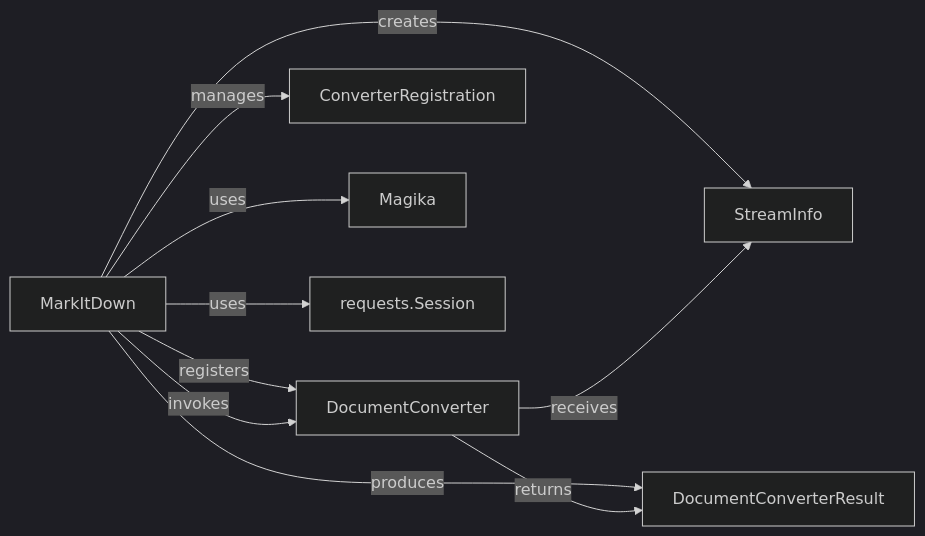
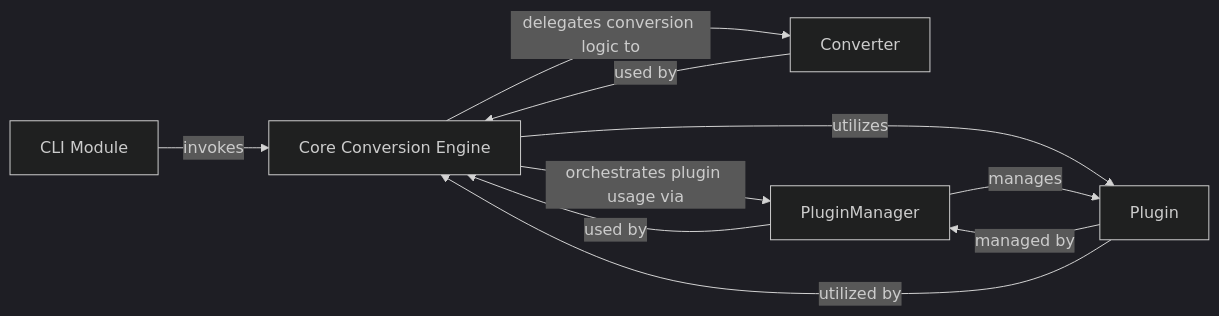
The diagram in markitdown/Core_Conversion_Engine.md (CodeBoarding/GeneratedOnBoardings), drawn with Mermaid (dark theme) before and after one commit. The commit also changed other lines of this file and 12 other files, not shown here.

````diff
--- a/markitdown/Core_Conversion_Engine.md
+++ b/markitdown/Core_Conversion_Engine.md
@@ -1,19 +1,18 @@
 ```mermaid
 graph LR
-    MarkItDown["MarkItDown"]
-    DocumentConverter["DocumentConverter"]
-    ConverterRegistration["ConverterRegistration"]
-    StreamInfo["StreamInfo"]
-    DocumentConverterResult["DocumentConverterResult"]
-    Magika["Magika"]
-    requests_Session["requests.Session"]
-    MarkItDown -- "registers" --> DocumentConverter
-    MarkItDown -- "invokes" --> DocumentConverter
-    MarkItDown -- "uses" --> Magika
-    MarkItDown -- "uses" --> requests_Session
-    MarkItDown -- "creates" --> StreamInfo
-    MarkItDown -- "produces" --> DocumentConverterResult
-    MarkItDown -- "manages" --> ConverterRegistration
-    DocumentConverter -- "receives" --> StreamInfo
-    DocumentConverter -- "returns" --> DocumentConverterResult
+    Core_Conversion_Engine["Core Conversion Engine"]
+    Converter["Converter"]
+    PluginManager["PluginManager"]
+    Plugin["Plugin"]
+    CLI_Module["CLI Module"]
+    Core_Conversion_Engine -- "delegates conversion logic to" --> Converter
+    Core_Conversion_Engine -- "orchestrates plugin usage via" --> PluginManager
+    Core_Conversion_Engine -- "utilizes" --> Plugin
+    Converter -- "used by" --> Core_Conversion_Engine
+    PluginManager -- "manages" --> Plugin
+    PluginManager -- "used by" --> Core_Conversion_Engine
+    Plugin -- "managed by" --> PluginManager
+    Plugin -- "utilized by" --> Core_Conversion_Engine
+    CLI_Module -- "invokes" --> Core_Conversion_Engine
+    click Core_Conversion_Engine href "https://github.com/CodeBoarding/GeneratedOnBoardings/blob/main/markitdown/Core_Conversion_Engine.md" "Details"
 ```
````
